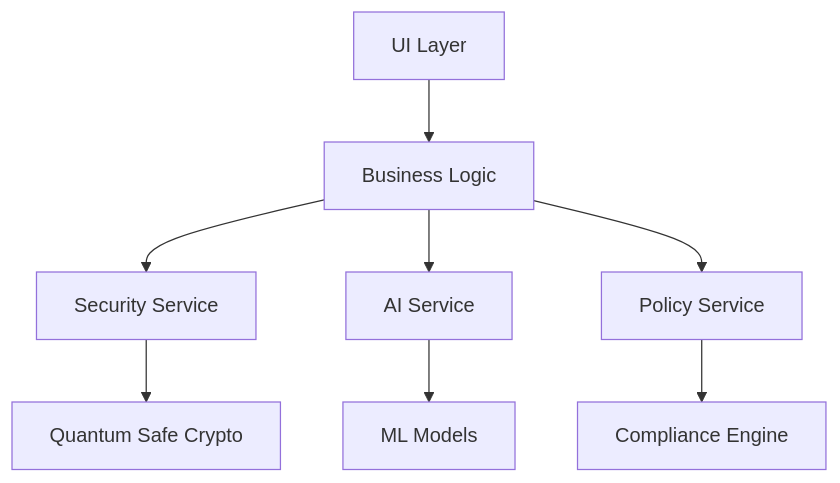
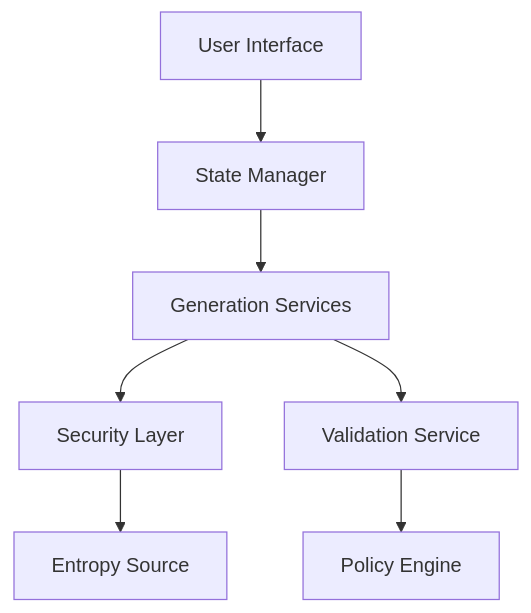
The diagram in docs/sdd.md (olbboy/passgenz), drawn with Mermaid before and after one commit. The commit also changed other lines of this file and 18 other files, not shown here.

````diff
--- a/docs/sdd.md
+++ b/docs/sdd.md
@@ -30,10 +35,9 @@
 ```mermaid
 graph TD
-    A[UI Layer] --> B[Business Logic]
-    B --> C[Security Service]
-    B --> D[AI Service]
-    C --> E[Quantum Safe Crypto]
-    D --> F[ML Models]
-    B --> G[Policy Service]
-    G --> H[Compliance Engine]
+    A[User Interface] --> B[State Manager]
+    B --> C[Generation Services]
+    C --> D[Security Layer]
+    D --> E[Entropy Source]
+    C --> F[Validation Service]
+    F --> G[Policy Engine]
 ```
````
